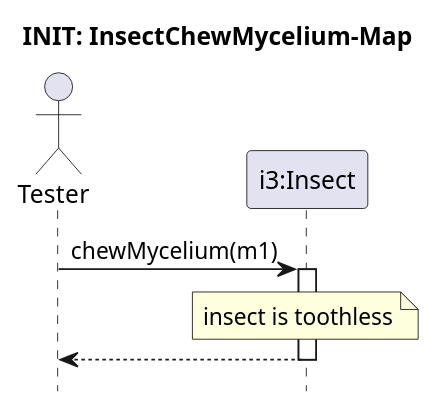
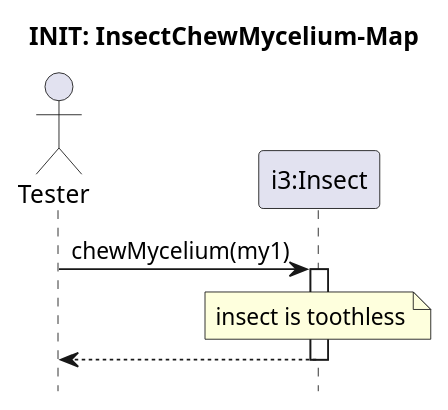
The diagram in Skeleton/Insect-chew-mycelium/toothless.pu (ZD4ve/projlab-error521), drawn with PlantUML before and after one commit. The commit also changed 6 other files, not shown here.

Commit message:
Mycelium tearing added and name changes in move and chew

```diff
--- a/Skeleton/Insect-chew-mycelium/toothless.pu
+++ b/Skeleton/Insect-chew-mycelium/toothless.pu
@@ -1,13 +1,13 @@
 @startuml Insect-chew-mycelium/toothless
 hide footbox
 title INIT: InsectChewMycelium-Map
 
 actor Tester as S
 participant "i3:Insect" as i3
 
 
-S -> i3 : chewMycelium(m1)
+S -> i3 : chewMycelium(my1)
 activate i3
 note over i3 : insect is toothless
 return
 @enduml
```
